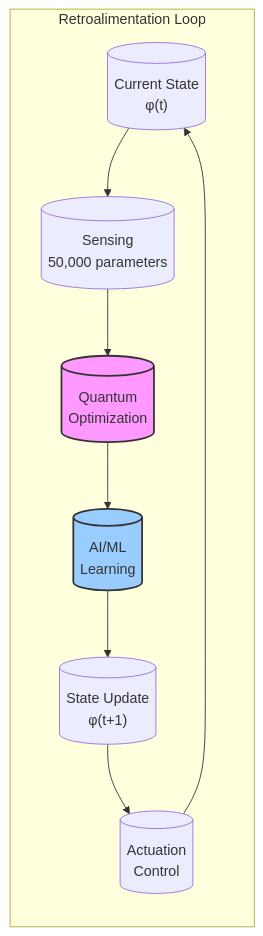
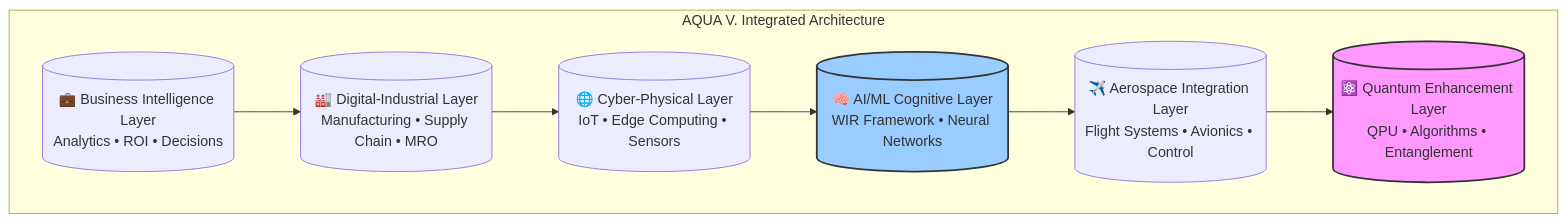
Before and after one commit to Robbbo-T/Robbbo-T: the second of 6 diagrams in README.md, drawn with Mermaid. The commit also changed other lines of this file, not shown here.

````diff
--- a/README.md
+++ b/README.md
@@ -367,21 +112,16 @@
 ```mermaid
-flowchart LR
-    subgraph "Retroalimentation Loop"
-        STATE[("Current State<br/>φ(t)")]
-        SENSE[("Sensing<br/>50,000 parameters")]
-        QUANTUM[("Quantum<br/>Optimization")]
-        AI[("AI/ML<br/>Learning")]
-        UPDATE[("State Update<br/>φ(t+1)")]
-        ACTUATE[("Actuation<br/>Control")]
+graph TB
+    subgraph "AQUA V. Integrated Architecture"
+        L6[("💼 Business Intelligence Layer<br/>Analytics • ROI • Decisions")]
+        L5[("🏭 Digital-Industrial Layer<br/>Manufacturing • Supply Chain • MRO")]
+        L4[("🌐 Cyber-Physical Layer<br/>IoT • Edge Computing • Sensors")]
+        L3[("🧠 AI/ML Cognitive Layer<br/>WIR Framework • Neural Networks")]
+        L2[("✈️ Aerospace Integration Layer<br/>Flight Systems • Avionics • Control")]
+        L1[("⚛️ Quantum Enhancement Layer<br/>QPU • Algorithms • Entanglement")]
     end
     
-    STATE --> SENSE
-    SENSE --> QUANTUM
-    QUANTUM --> AI
-    AI --> UPDATE
-    UPDATE --> ACTUATE
-    ACTUATE --> STATE
+    L6 --> L5 --> L4 --> L3 --> L2 --> L1
     
-    style QUANTUM fill:#ff99ff,stroke:#333,stroke-width:2px
-    style AI fill:#99ccff,stroke:#333,stroke-width:2px
+    style L1 fill:#ff99ff,stroke:#333,stroke-width:2px
+    style L3 fill:#99ccff,stroke:#333,stroke-width:2px
 ```
````
